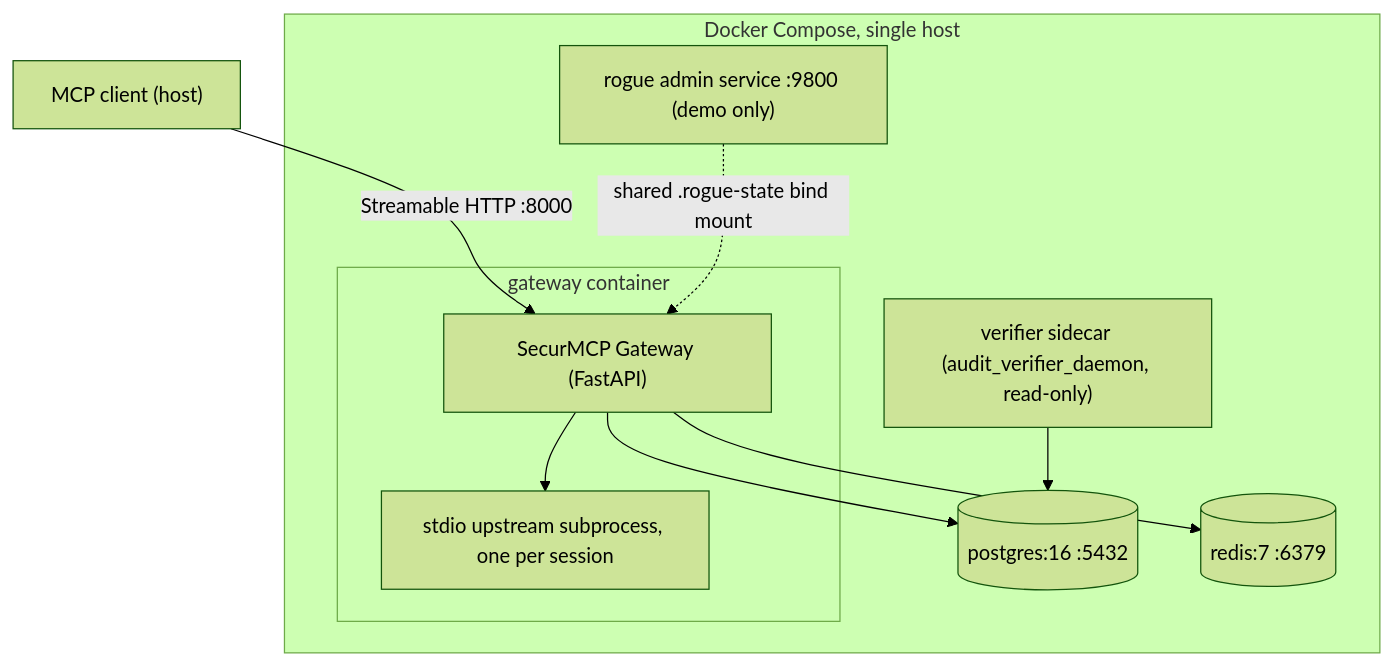
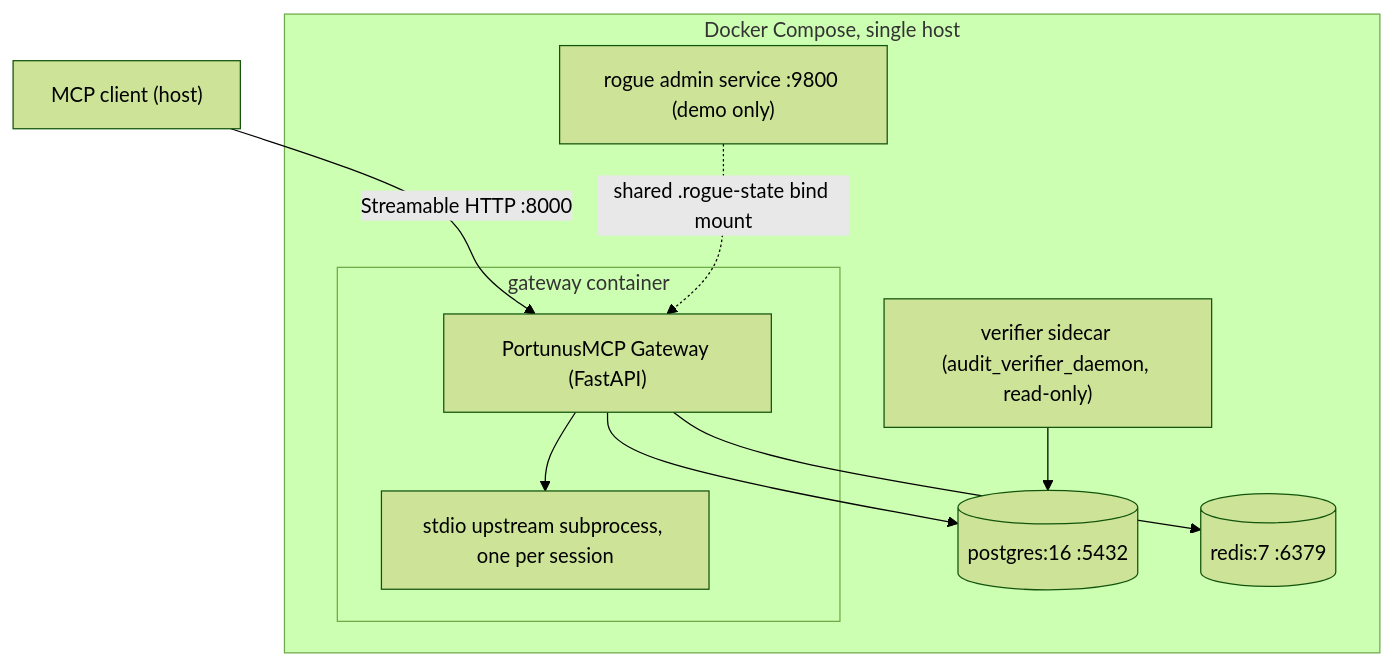
The third of 5 diagrams in ARCHITECTURE.md (BashaarJavaid/SecureMCP), drawn with Mermaid (forest theme) before and after one commit. The commit also changed other lines of this file and 50 other files, not shown here.

First line of the commit message:
Rename project SecurMCP -> PortunusMCP

````diff
--- a/ARCHITECTURE.md
+++ b/ARCHITECTURE.md
@@ -166,21 +166,21 @@
 ```mermaid
 graph TD
     C["MCP client (host)"] -->|"Streamable HTTP :8000"| G
 
     subgraph Compose["Docker Compose, single host"]
         subgraph GWC["gateway container"]
-            G["SecurMCP Gateway (FastAPI)"]
+            G["PortunusMCP Gateway (FastAPI)"]
             U["stdio upstream subprocess, one per session"]
             G --> U
         end
         PG[("postgres:16  :5432")]
         R[("redis:7  :6379")]
         V["verifier sidecar (audit_verifier_daemon, read-only)"]
         RG["rogue admin service :9800 (demo only)"]
     end
 
     G --> PG
     G --> R
     V --> PG
     RG -.->|"shared .rogue-state bind mount"| G
 ```
````
